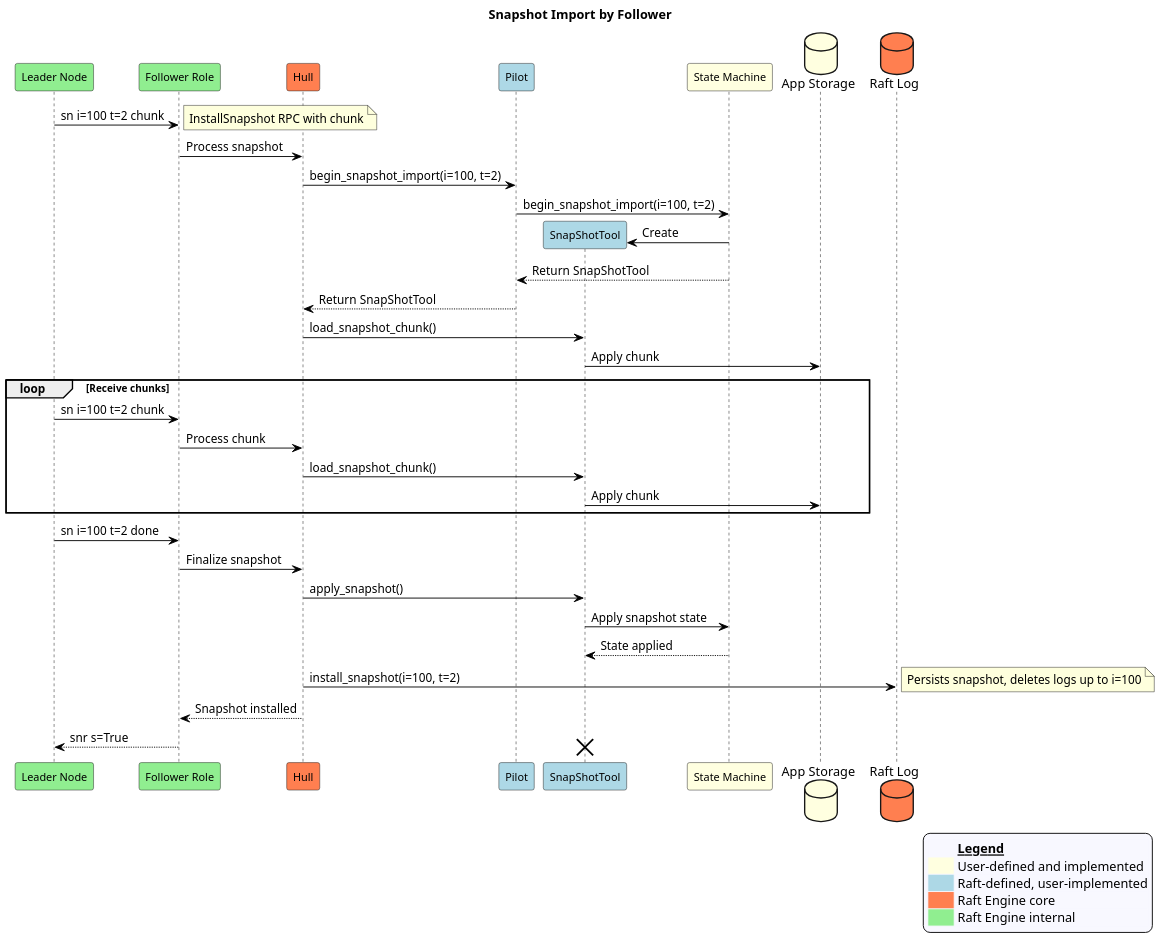
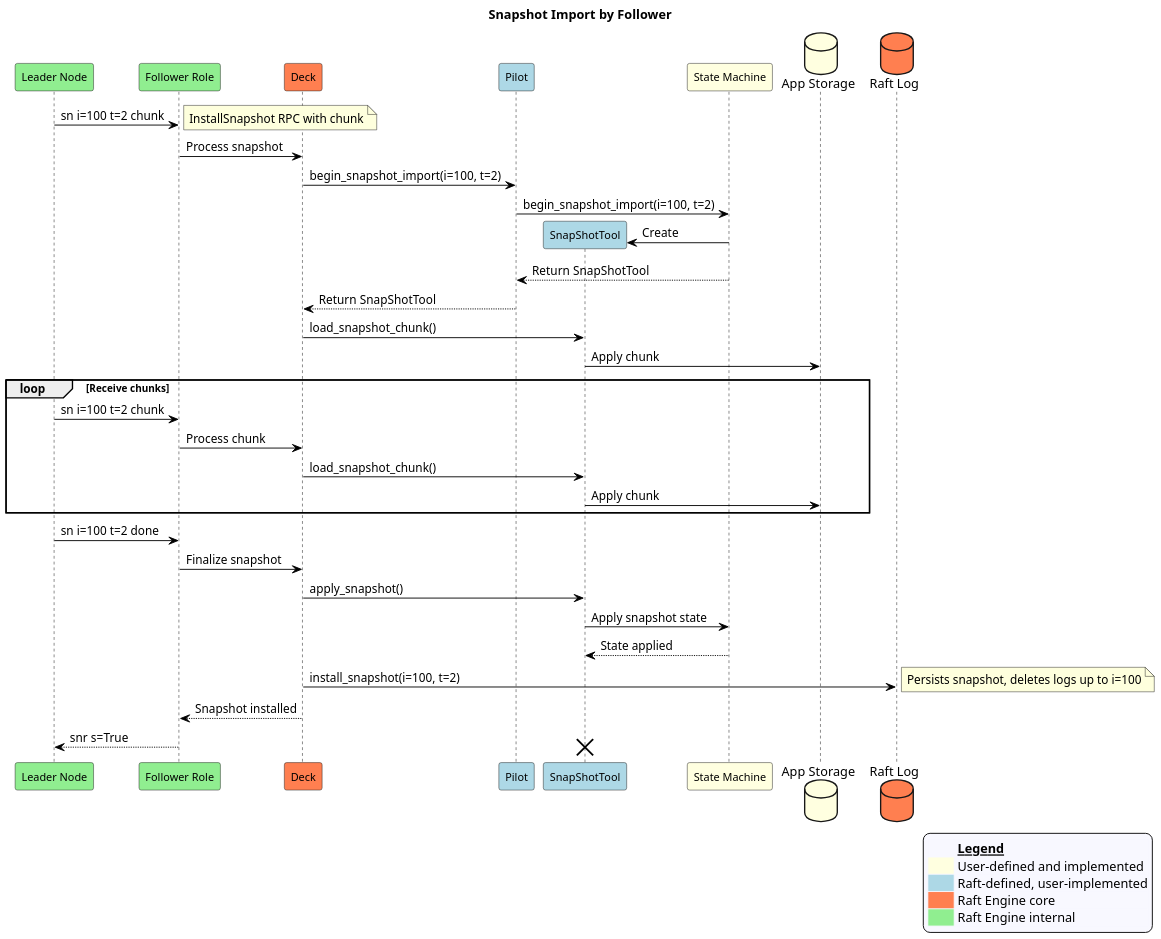
The diagram in old_docs/source/_static/diagrams/snapshot_import.puml (dlparker/raftengine), drawn with PlantUML before and after one commit. The commit also changed 43 other files, not shown here.

Commit message:
renamed HullAPI and all references to it to DeckAPI

```diff
--- a/old_docs/source/_static/diagrams/snapshot_import.puml
+++ b/old_docs/source/_static/diagrams/snapshot_import.puml
@@ -1,61 +1,61 @@
 @startuml
 !pragma ratio 0.7
 skinparam dpi 150
 skinparam monochrome false
 skinparam sequence {
   ArrowColor Black
   ActorBorderColor Black
   LifeLineBorderColor Black
   ParticipantFontSize 12
   Padding 10
 }
 skinparam legend {
   backgroundColor #GhostWhite
   entrySeparator #GhostWhite
 }
 title Snapshot Import by Follower
 
 participant "Leader Node" as leader order 10 #Lightgreen
 participant "Follower Role" as follower order 20 #Lightgreen
-participant Hull as hull order 30 #Coral
+participant Deck as hull order 30 #Coral
 participant Pilot as pilot order 40 #Lightblue
 participant "State Machine" as app_state order 50 #Lightyellow
 database "App Storage" as app_db order 60 #Lightyellow
 database "Raft Log" as raft_log order 70 #Coral
 
 leader -> follower: sn i=100 t=2 chunk
 note right: InstallSnapshot RPC with chunk
 follower -> hull: Process snapshot
 hull -> pilot: begin_snapshot_import(i=100, t=2)
 pilot -> app_state: begin_snapshot_import(i=100, t=2)
 create participant "SnapShotTool" as tool order 45 #Lightblue
 app_state->tool: Create
 app_state --> pilot: Return SnapShotTool
 pilot --> hull: Return SnapShotTool
 hull -> tool: load_snapshot_chunk()
 tool -> app_db: Apply chunk
 loop Receive chunks
   leader -> follower: sn i=100 t=2 chunk
   follower -> hull: Process chunk
   hull -> tool: load_snapshot_chunk()
   tool -> app_db: Apply chunk
 end
 leader -> follower: sn i=100 t=2 done
 follower -> hull: Finalize snapshot
 hull -> tool: apply_snapshot()
 tool -> app_state: Apply snapshot state
 app_state --> tool: State applied
 hull -> raft_log: install_snapshot(i=100, t=2)
 note right: Persists snapshot, deletes logs up to i=100
 hull --> follower: Snapshot installed
 follower --> leader: snr s=True
 destroy tool
 
 legend right
   <#GhostWhite,#GhostWhite>|        |= __Legend__ |
   |<#Lightyellow>| User-defined and implemented|
   |<#Lightblue>| Raft-defined, user-implemented|
   |<#Coral>| Raft Engine core|
   |<#Lightgreen>| Raft Engine internal|
 endlegend
 @enduml
```
